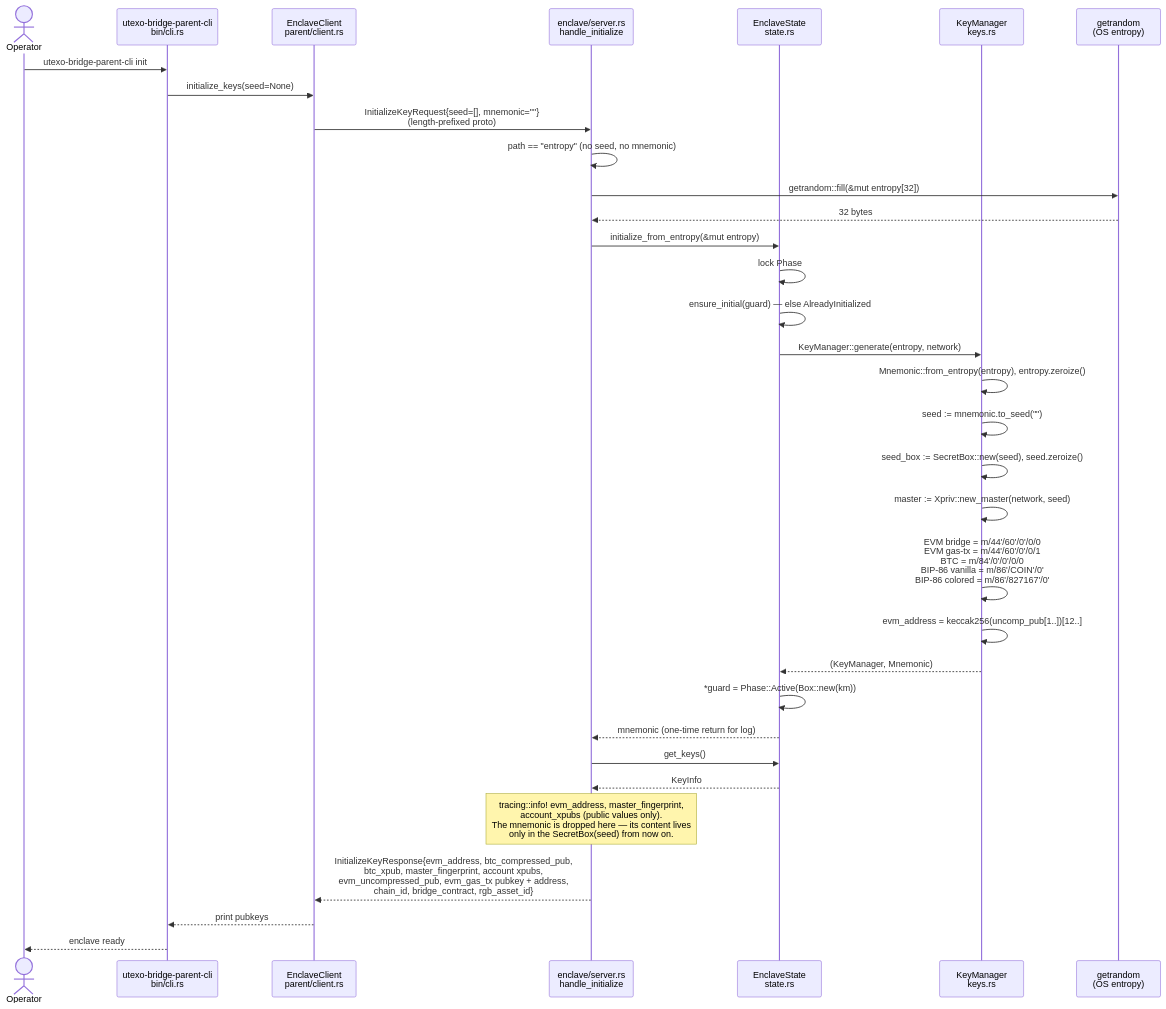
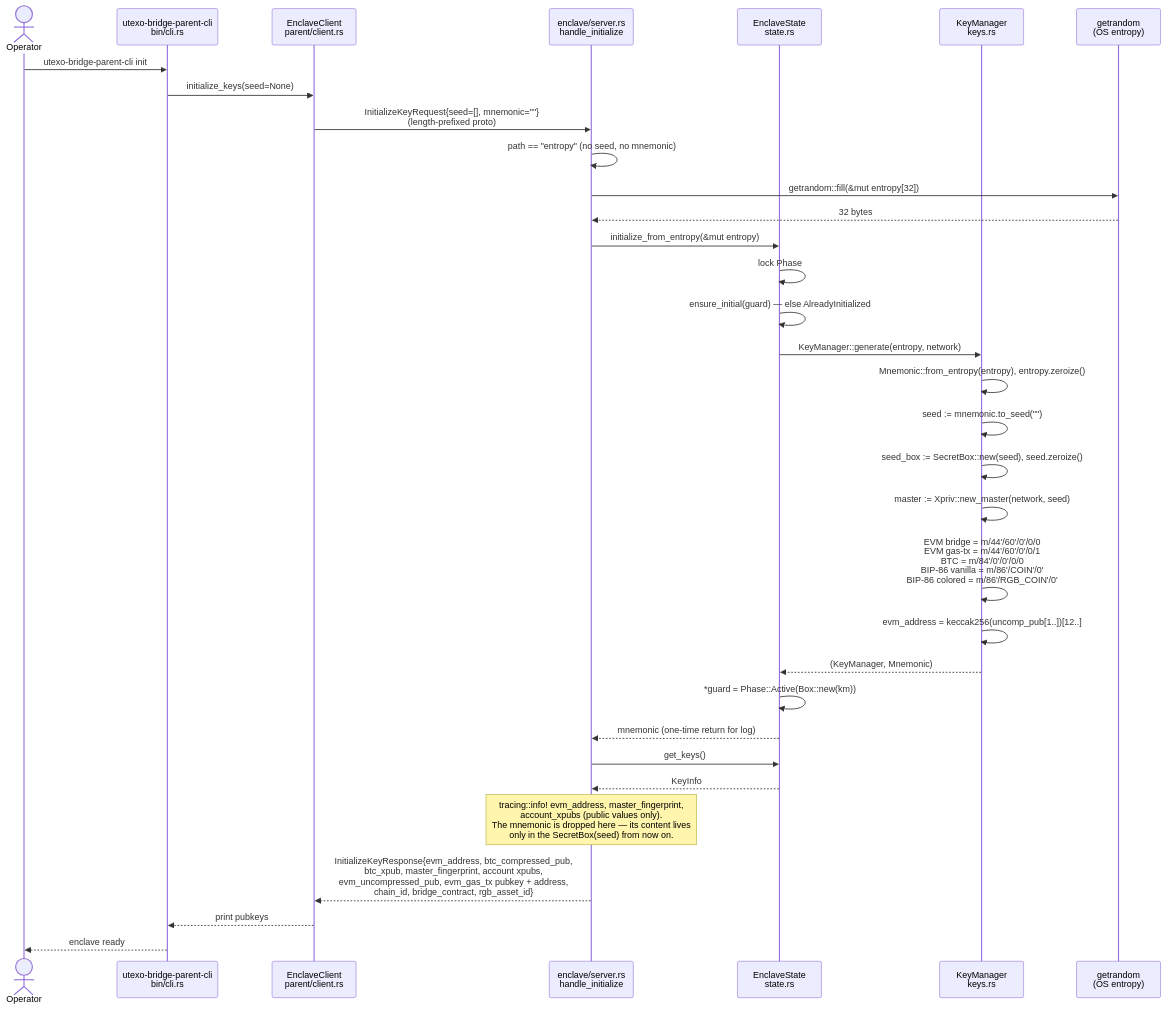
One commit to UTEXO-Protocol/enclave-signer changed the diagram in docs/diagrams/07-seq-initialize-keys.md. Above: the diagram before and after it, drawn with Mermaid. The commit also changed 6 other files, not shown here.

Commit message:
fix(enclave): accept colored-account outputs on plain-BTC path; network-scope RGB coin type

````diff
--- a/docs/diagrams/07-seq-initialize-keys.md
+++ b/docs/diagrams/07-seq-initialize-keys.md
@@ -3,43 +3,43 @@
 ```mermaid
 sequenceDiagram
     actor Op as Operator
     participant Cli as utexo-bridge-parent-cli<br/>bin/cli.rs
     participant PClient as EnclaveClient<br/>parent/client.rs
     participant Srv as enclave/server.rs<br/>handle_initialize
     participant State as EnclaveState<br/>state.rs
     participant Km as KeyManager<br/>keys.rs
     participant Rand as getrandom<br/>(OS entropy)
 
     Op->>Cli: utexo-bridge-parent-cli init
     Cli->>PClient: initialize_keys(seed=None)
     PClient->>Srv: InitializeKeyRequest{seed=[], mnemonic=""}<br/>(length-prefixed proto)
 
     Srv->>Srv: path == "entropy" (no seed, no mnemonic)
     Srv->>Rand: getrandom::fill(&mut entropy[32])
     Rand-->>Srv: 32 bytes
     Srv->>State: initialize_from_entropy(&mut entropy)
 
     State->>State: lock Phase
     State->>State: ensure_initial(guard) — else AlreadyInitialized
     State->>Km: KeyManager::generate(entropy, network)
 
     Km->>Km: Mnemonic::from_entropy(entropy), entropy.zeroize()
     Km->>Km: seed := mnemonic.to_seed("")
     Km->>Km: seed_box := SecretBox::new(seed), seed.zeroize()
     Km->>Km: master := Xpriv::new_master(network, seed)
-    Km->>Km: EVM bridge = m/44'/60'/0'/0/0<br/>EVM gas-tx = m/44'/60'/0'/0/1<br/>BTC = m/84'/0'/0'/0/0<br/>BIP-86 vanilla = m/86'/COIN'/0'<br/>BIP-86 colored = m/86'/827167'/0'
+    Km->>Km: EVM bridge = m/44'/60'/0'/0/0<br/>EVM gas-tx = m/44'/60'/0'/0/1<br/>BTC = m/84'/0'/0'/0/0<br/>BIP-86 vanilla = m/86'/COIN'/0'<br/>BIP-86 colored = m/86'/RGB_COIN'/0'
     Km->>Km: evm_address = keccak256(uncomp_pub[1..])[12..]
     Km-->>State: (KeyManager, Mnemonic)
 
     State->>State: *guard = Phase::Active(Box::new(km))
     State-->>Srv: mnemonic (one-time return for log)
 
     Srv->>State: get_keys()
     State-->>Srv: KeyInfo
 
     Note over Srv: tracing::info! evm_address, master_fingerprint,<br/>account_xpubs (public values only).<br/>The mnemonic is dropped here — its content lives<br/>only in the SecretBox(seed) from now on.
 
     Srv-->>PClient: InitializeKeyResponse{evm_address, btc_compressed_pub,<br/>btc_xpub, master_fingerprint, account xpubs,<br/>evm_uncompressed_pub, evm_gas_tx pubkey + address,<br/>chain_id, bridge_contract, rgb_asset_id}
     PClient-->>Cli: print pubkeys
     Cli-->>Op: enclave ready
 ```
````
